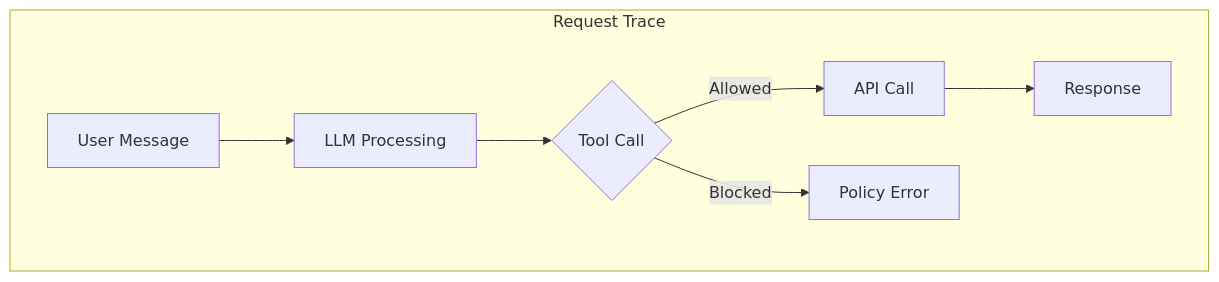
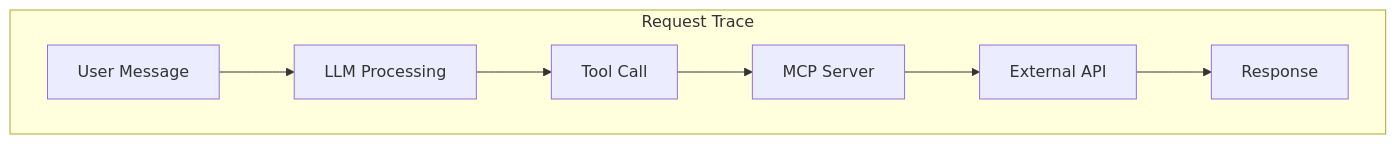
Before and after one commit to rrbanda/agent-sandbox-ocp: the diagram in docs/workshop/04-deploy-and-test/05-observe-traces.md, drawn with Mermaid. The commit also changed other lines of this file and 48 other files, not shown here.

````diff
--- a/docs/workshop/04-deploy-and-test/05-observe-traces.md
+++ b/docs/workshop/04-deploy-and-test/05-observe-traces.md
@@ -103,10 +86,10 @@
 ```mermaid
 flowchart TD
     subgraph Trace["Request Trace"]
         A["User Message"] --> B["LLM Processing"]
-        B --> C{"Tool Call"}
-        C -->|Allowed| D["API Call"]
-        D --> E["Response"]
-        C -->|Blocked| F["Policy Error"]
+        B --> C["Tool Call"]
+        C --> D["MCP Server"]
+        D --> E["External API"]
+        E --> F["Response"]
     end
 ```
````
